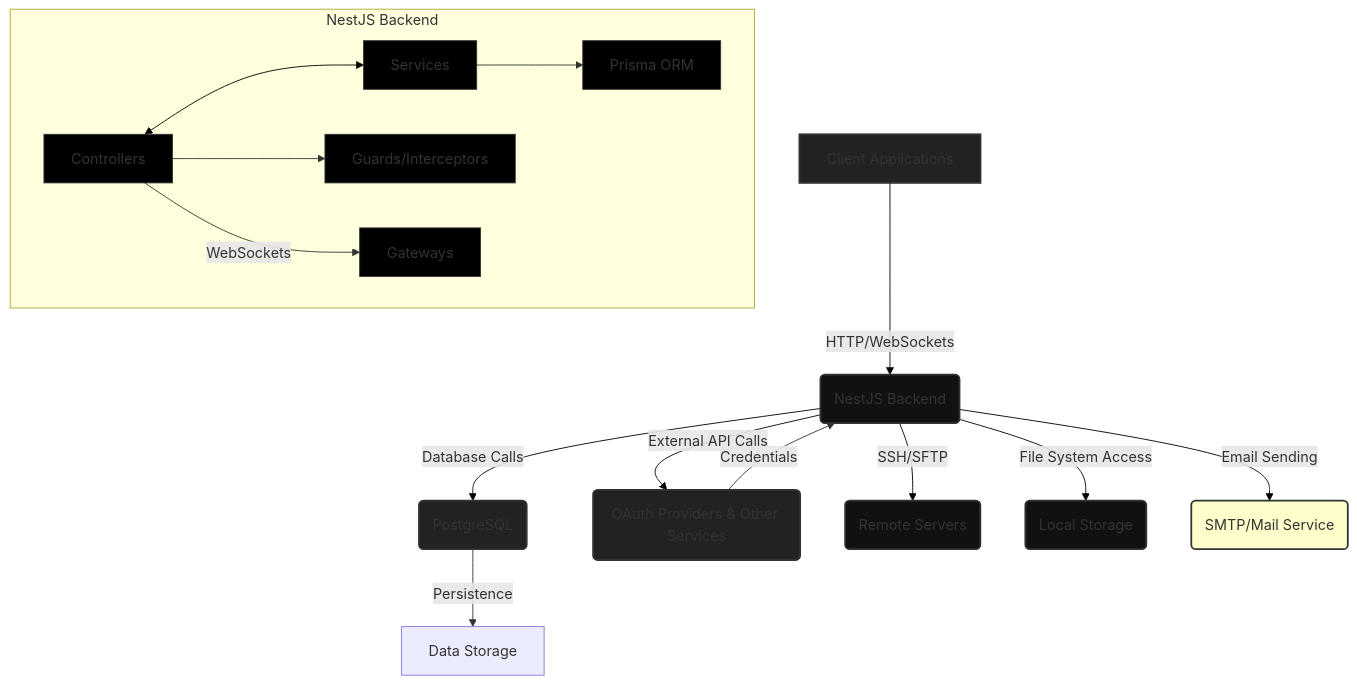
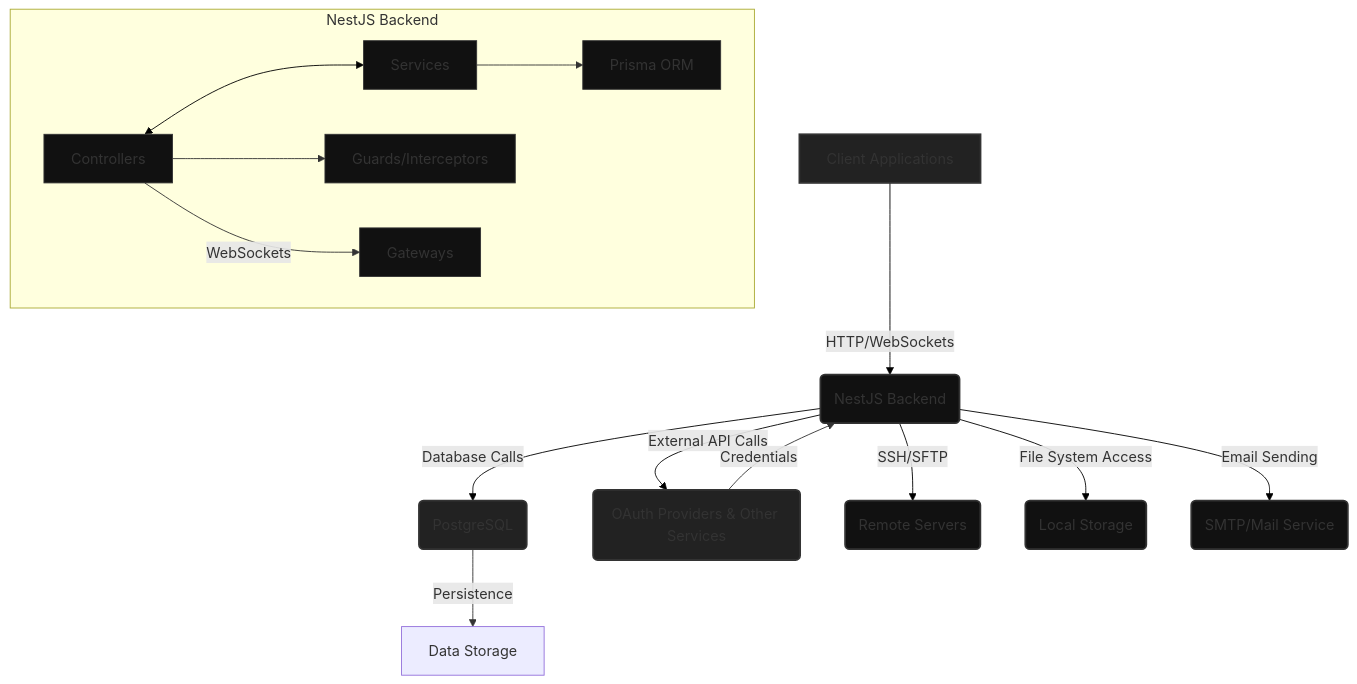
Before and after one commit to evillan0315/project-board-server: the diagram in docs/Architecture.md, drawn with Mermaid.

Commit message:
Updated docs architecture diagram

````diff
--- a/docs/Architecture.md
+++ b/docs/Architecture.md
@@ -27,39 +27,39 @@
 ```mermaid
 graph TD
     A[Client Applications] -->|HTTP/WebSockets| B(NestJS Backend)
     B -->|Database Calls| C(PostgreSQL)
     B -->|External API Calls| D(OAuth Providers & Other Services)
     B -->|SSH/SFTP| E(Remote Servers)
     B -->|File System Access| F(Local Storage)
     B -->|Email Sending| G(SMTP/Mail Service)
 
     subgraph NestJS Backend
         B1[Controllers] <--> B2[Services]
         B2 --> B3[Prisma ORM]
         B1 --> B4[Guards/Interceptors]
         B1 -- WebSockets --> B5[Gateways]
     end
 
     C -- Persistence --> Data[Data Storage]
     D -- Credentials --> B
 
     style A fill:#222,stroke:#333,stroke-width:2px
     style B fill:#111,stroke:#333,stroke-width:2px
     style C fill:#222,stroke:#333,stroke-width:2px
     style D fill:#222,stroke:#333,stroke-width:2px
     style E fill:#111,stroke:#333,stroke-width:2px
     style F fill:#111,stroke:#333,stroke-width:2px
-    style G fill:#ffc,stroke:#333,stroke-width:2px
-    style B1 fill:#000,stroke:#333,stroke-width:1px
-    style B2 fill:#000,stroke:#333,stroke-width:1px
-    style B3 fill:#000,stroke:#333,stroke-width:1px
-    style B4 fill:#000,stroke:#333,stroke-width:1px
-    style B5 fill:#000,stroke:#333,stroke-width:1px
+    style G fill:#111,stroke:#333,stroke-width:2px
+    style B1 fill:#111,stroke:#333,stroke-width:1px
+    style B2 fill:#111,stroke:#333,stroke-width:1px
+    style B3 fill:#111,stroke:#333,stroke-width:1px
+    style B4 fill:#111,stroke:#333,stroke-width:1px
+    style B5 fill:#111,stroke:#333,stroke-width:1px
     linkStyle 0 stroke:#000,stroke-width:1px;
     linkStyle 1 stroke:#000,stroke-width:1px;
     linkStyle 2 stroke:#000,stroke-width:1px;
     linkStyle 3 stroke:#000,stroke-width:1px;
     linkStyle 4 stroke:#000,stroke-width:1px;
     linkStyle 5 stroke:#000,stroke-width:1px;
     linkStyle 6 stroke:#000,stroke-width:1px;
 ```
````
